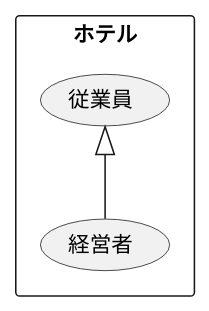
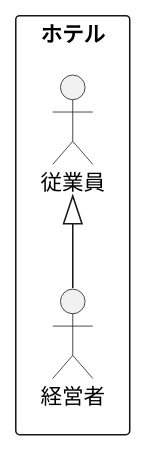
Before and after one commit to Mxvieee/uml-introduction: the diagram in 演習2-2_ホテル従業員.pu, drawn with PlantUML. The commit also changed 3 other files, not shown here.

```diff
--- a/演習2-2_ホテル従業員.pu
+++ b/演習2-2_ホテル従業員.pu
@@ -1,8 +1,8 @@
 @startuml ユースケース図
 ' left to right direction
 rectangle ホテル {
-usecase 従業員
-usecase 経営者
+actor 従業員
+actor 経営者
 }
 従業員 <|-- 経営者
 @enduml
```
